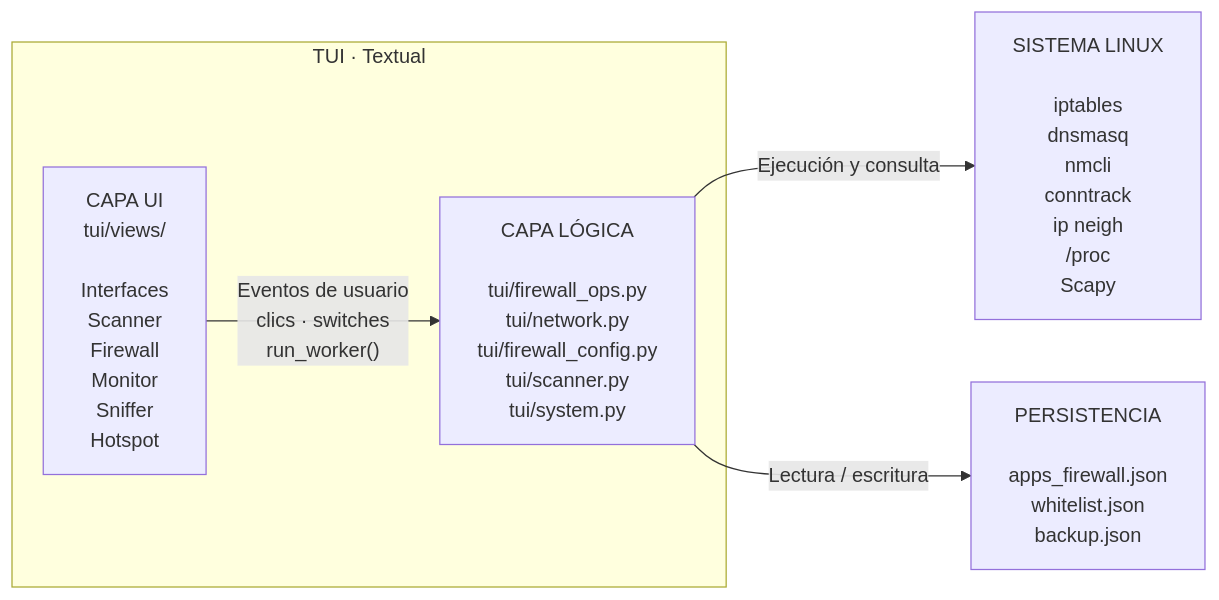
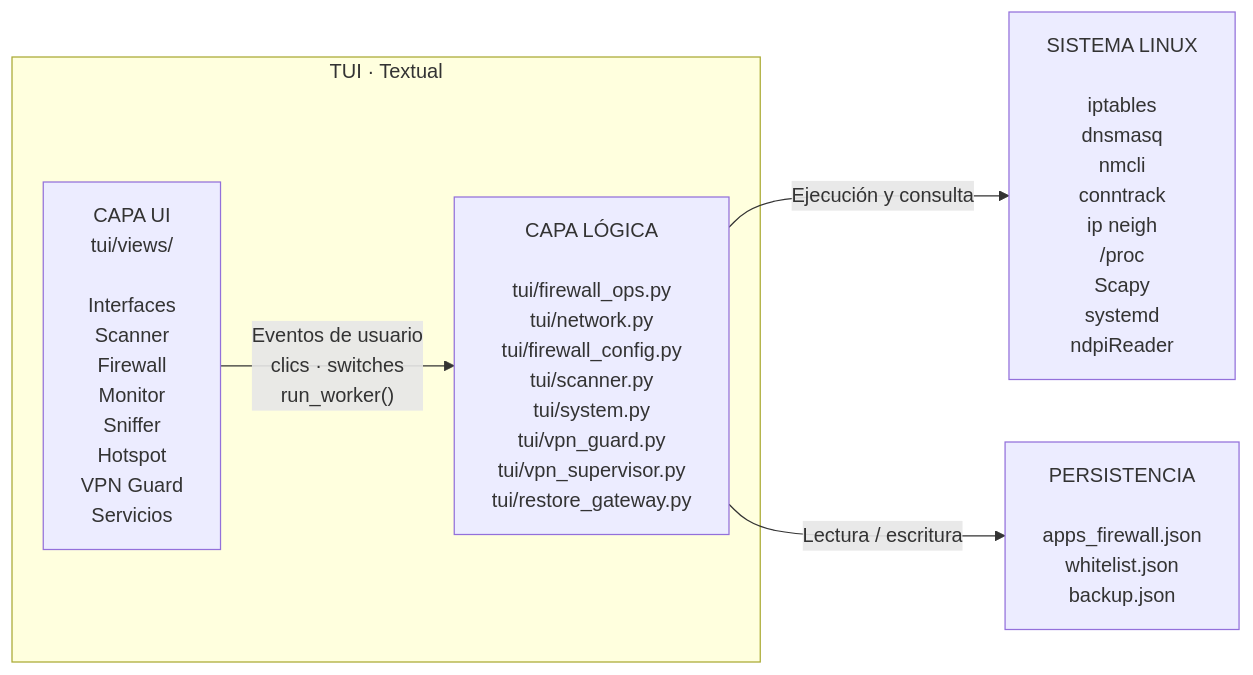
The first of 7 diagrams in ManualProgramador.md (00Danii/Ayanami), drawn with Mermaid before and after one commit. The commit also changed other lines of this file, not shown here.

````diff
--- a/ManualProgramador.md
+++ b/ManualProgramador.md
@@ -44,16 +44,16 @@
 ```mermaid
 flowchart LR
     subgraph TUI["TUI · Textual"]
-        VIEWS["CAPA UI<br/>tui/views/<br/><br/>Interfaces<br/>Scanner<br/>Firewall<br/>Monitor<br/>Sniffer<br/>Hotspot"]
+        VIEWS["CAPA UI<br/>tui/views/<br/><br/>Interfaces<br/>Scanner<br/>Firewall<br/>Monitor<br/>Sniffer<br/>Hotspot<br/>VPN Guard<br/>Servicios"]
 
-        LOGIC["CAPA LÓGICA<br/><br/>tui/firewall_ops.py<br/>tui/network.py<br/>tui/firewall_config.py<br/>tui/scanner.py<br/>tui/system.py"]
+        LOGIC["CAPA LÓGICA<br/><br/>tui/firewall_ops.py<br/>tui/network.py<br/>tui/firewall_config.py<br/>tui/scanner.py<br/>tui/system.py<br/>tui/vpn_guard.py<br/>tui/vpn_supervisor.py<br/>tui/restore_gateway.py"]
     end
 
-    SYSTEM["SISTEMA LINUX<br/><br/>iptables<br/>dnsmasq<br/>nmcli<br/>conntrack<br/>ip neigh<br/>/proc<br/>Scapy"]
+    SYSTEM["SISTEMA LINUX<br/><br/>iptables<br/>dnsmasq<br/>nmcli<br/>conntrack<br/>ip neigh<br/>/proc<br/>Scapy<br/>systemd<br/>ndpiReader"]
 
     JSON["PERSISTENCIA<br/><br/>apps_firewall.json<br/>whitelist.json<br/>backup.json"]
 
     VIEWS -->|"Eventos de usuario<br/>clics · switches<br/>run_worker()"| LOGIC
     LOGIC -->|"Ejecución y consulta"| SYSTEM
     LOGIC -->|"Lectura / escritura"| JSON
 ```
````
